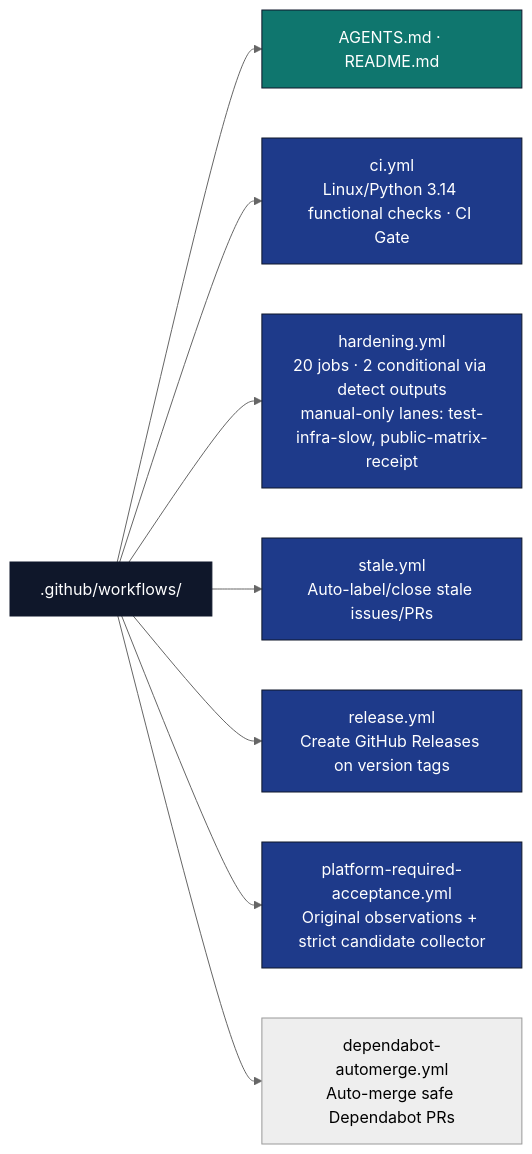
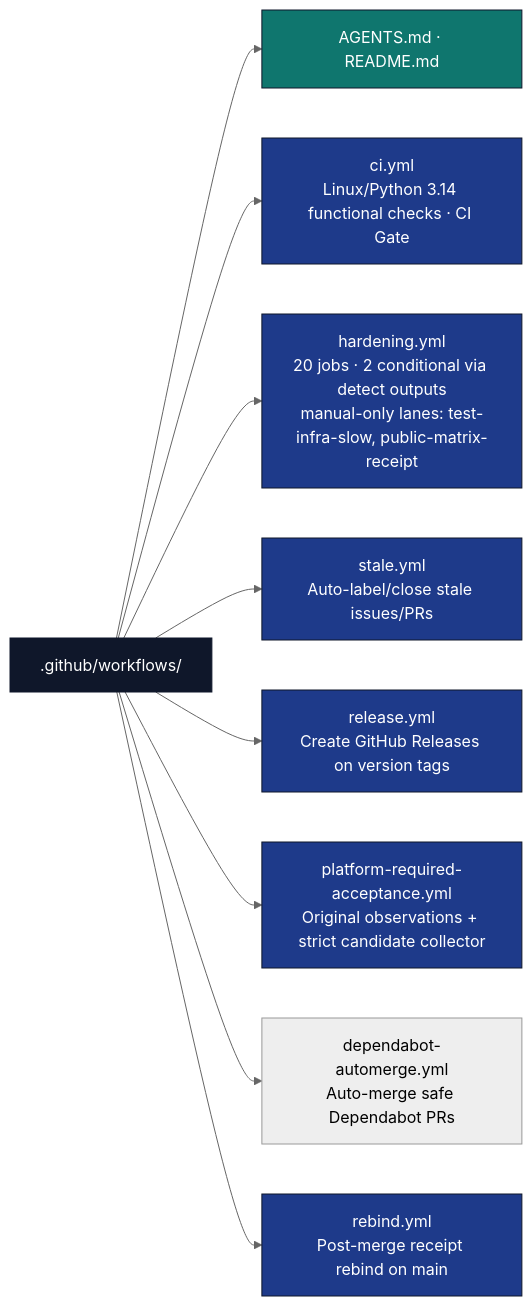
The first of 2 diagrams in .github/workflows/AGENTS.md (docxology/template), drawn with Mermaid (neutral theme) before and after one commit. The commit also changed other lines of this file and 4 other files, not shown here.

````diff
--- a/.github/workflows/AGENTS.md
+++ b/.github/workflows/AGENTS.md
@@ -48,18 +48,19 @@
 ```mermaid
 flowchart LR
     W[.github/workflows/]
     W --> META[AGENTS.md · README.md]
     W --> FAST[ci.yml<br/>Linux/Python 3.14 functional checks · CI Gate]
     W --> CI[hardening.yml<br/>20 jobs · 2 conditional via detect outputs<br/>manual-only lanes: test-infra-slow, public-matrix-receipt]
     W --> STALE[stale.yml<br/>Auto-label/close stale issues/PRs]
     W --> REL[release.yml<br/>Create GitHub Releases on version tags]
     W --> REQUIRED[platform-required-acceptance.yml<br/>Original observations + strict candidate collector]
     W --> DA[dependabot-automerge.yml<br/>Auto-merge safe Dependabot PRs]
+    W --> RB[rebind.yml<br/>Post-merge receipt rebind on main]
 
     classDef d fill:#0f172a,stroke:#0f172a,color:#fff
     classDef code fill:#1e3a8a,stroke:#0f172a,color:#fff
     classDef doc fill:#0f766e,stroke:#0f172a,color:#fff
     class W d
-    class FAST,CI,STALE,REL,REQUIRED code
+    class FAST,CI,STALE,REL,REQUIRED,RB code
     class META doc
 ```
````
